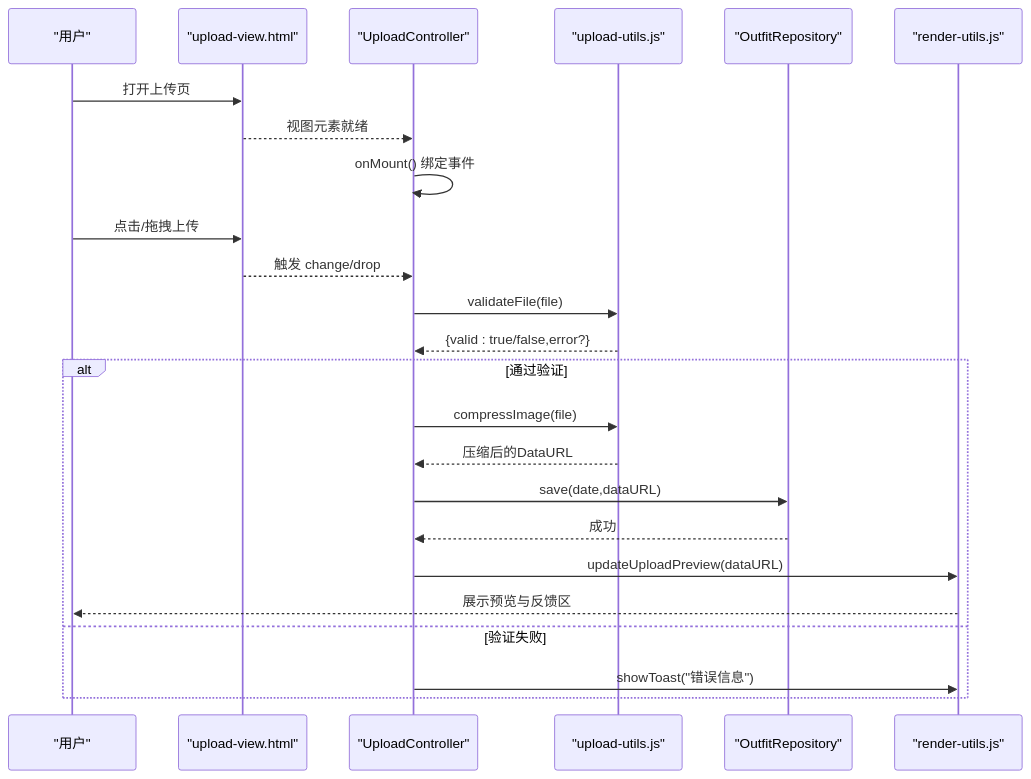
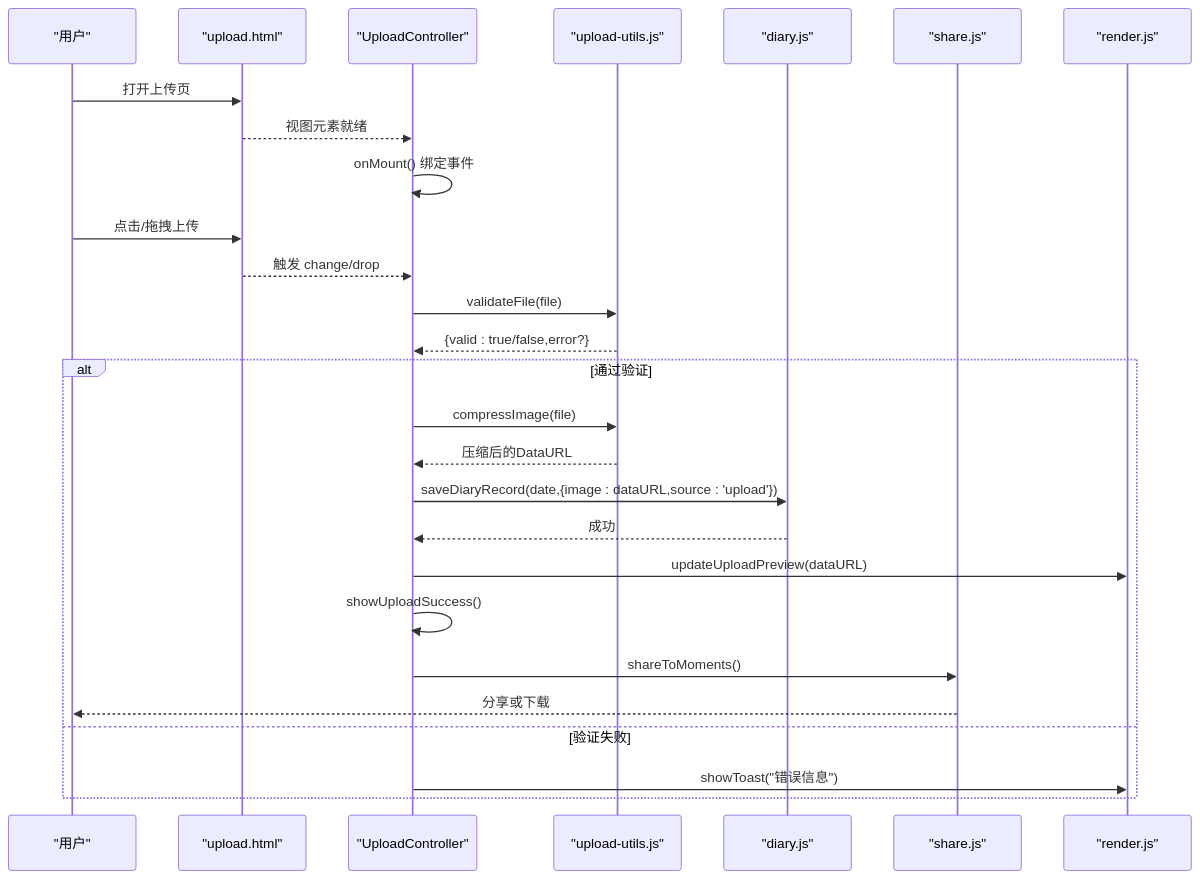
One commit to jeankeim/wuxing-fashion changed the second of 5 diagrams in .qoder/repowiki/zh/content/控制器系统/上传功能控制器.md. Above: the diagram before and after it, drawn with Mermaid. The commit also changed other lines of this file and 27 other files, not shown here.

````diff
--- a/.qoder/repowiki/zh/content/控制器系统/上传功能控制器.md
+++ b/.qoder/repowiki/zh/content/控制器系统/上传功能控制器.md
@@ -102,26 +125,29 @@
 ```mermaid
 sequenceDiagram
 participant U as "用户"
-participant V as "upload-view.html"
+participant V as "upload.html"
 participant C as "UploadController"
 participant UU as "upload-utils.js"
-participant RR as "OutfitRepository"
-participant RU as "render-utils.js"
+participant DU as "diary.js"
+participant SU as "share.js"
+participant RU as "render.js"
 U->>V : 打开上传页
 V-->>C : 视图元素就绪
 C->>C : onMount() 绑定事件
 U->>V : 点击/拖拽上传
 V-->>C : 触发 change/drop
 C->>UU : validateFile(file)
 UU-->>C : {valid : true/false,error?}
 alt 通过验证
 C->>UU : compressImage(file)
 UU-->>C : 压缩后的DataURL
-C->>RR : save(date,dataURL)
-RR-->>C : 成功
+C->>DU : saveDiaryRecord(date,{image : dataURL,source : 'upload'})
+DU-->>C : 成功
 C->>RU : updateUploadPreview(dataURL)
-RU-->>U : 展示预览与反馈区
+C->>C : showUploadSuccess()
+C->>SU : shareToMoments()
+SU-->>U : 分享或下载
 else 验证失败
 C->>RU : showToast("错误信息")
 end
 ```
````
